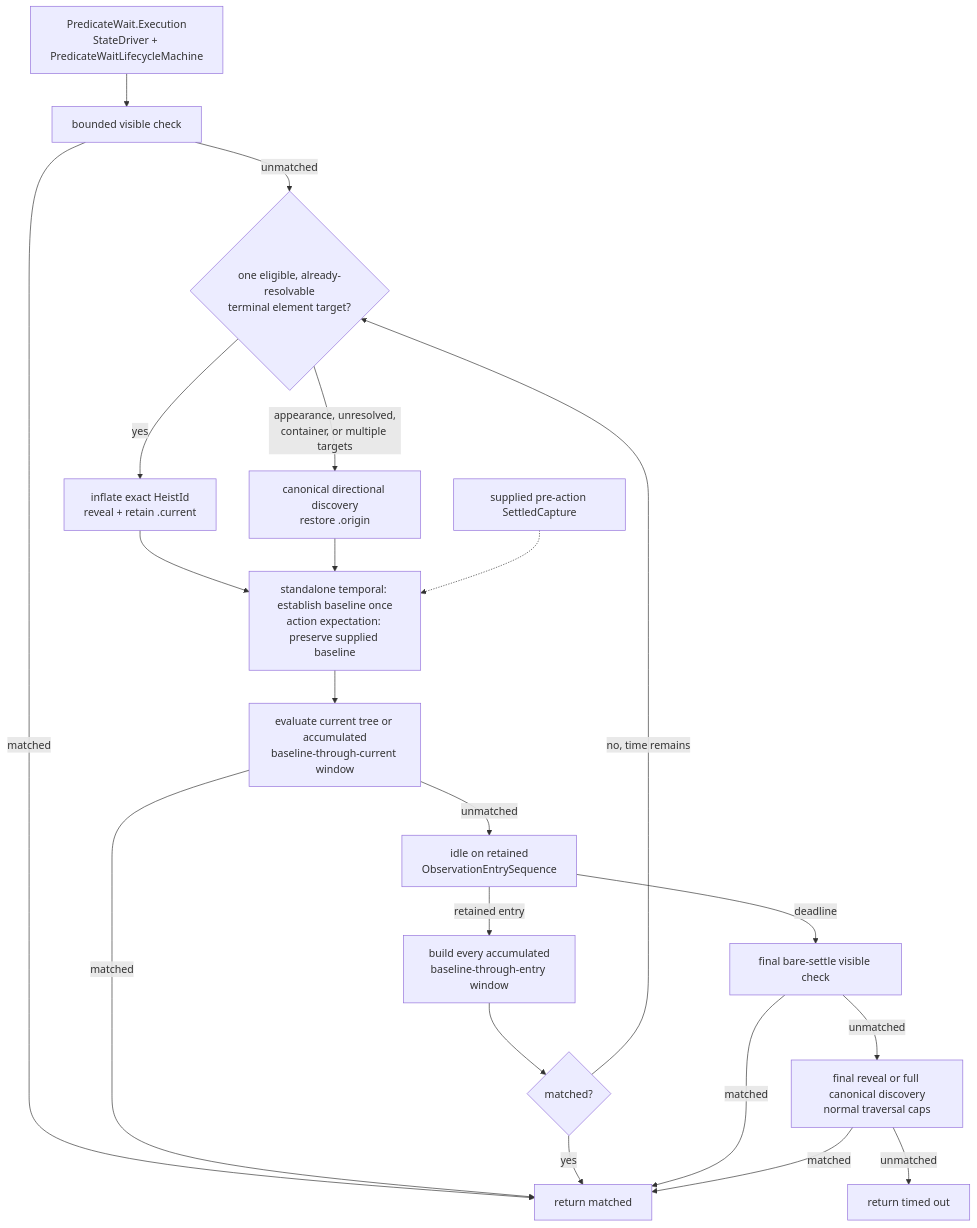
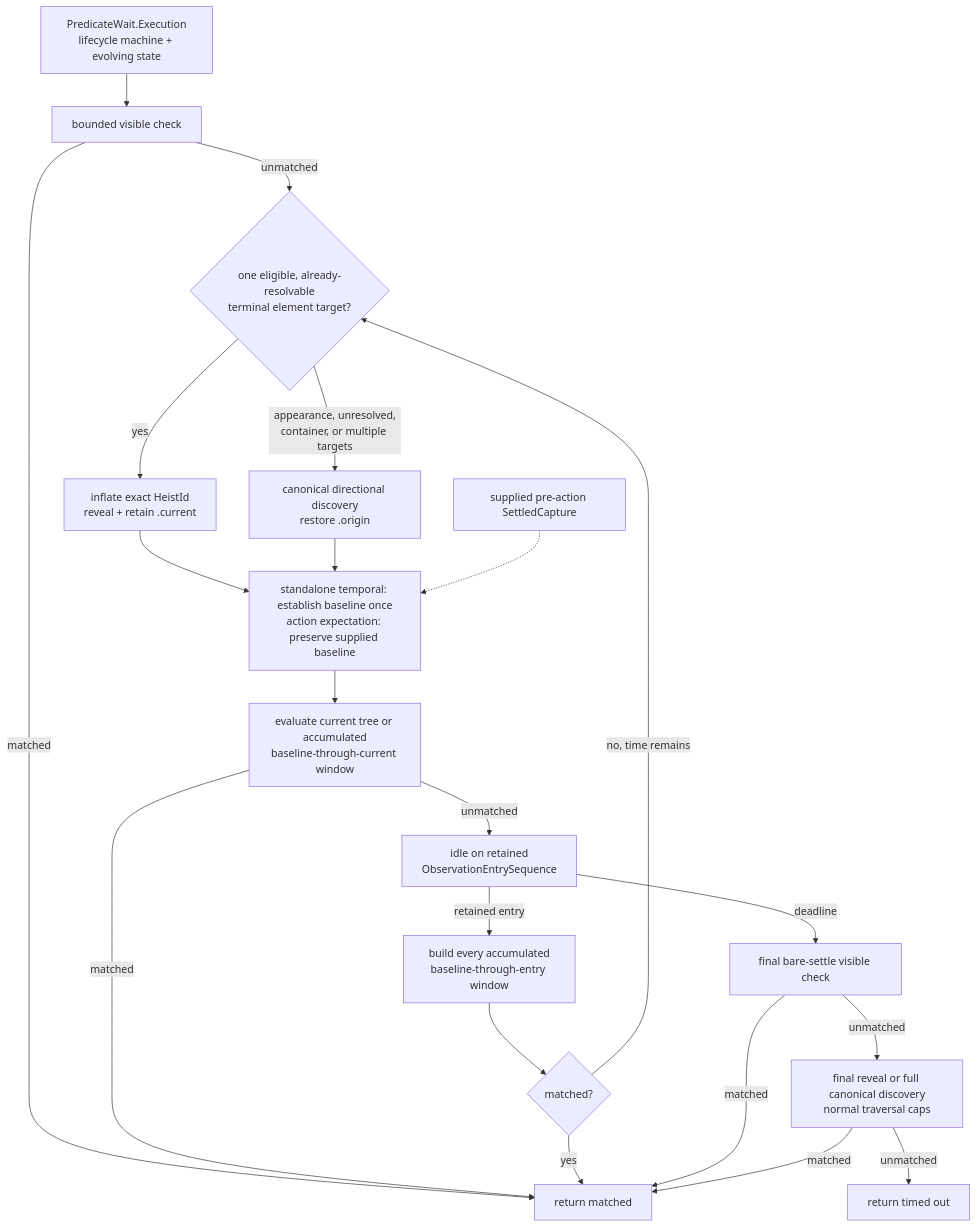
The fourth of 5 diagrams in docs/diagrams/observation-pipeline.md (RoyalPineapple/TheButtonHeist), drawn with Mermaid before and after one commit. The commit also changed other lines of this file and 129 other files, not shown here.

````diff
--- a/docs/diagrams/observation-pipeline.md
+++ b/docs/diagrams/observation-pipeline.md
@@ -147,23 +147,23 @@
 ```mermaid
 flowchart TD
-    Start["PredicateWait.Execution<br/>StateDriver + PredicateWaitLifecycleMachine"] --> Visible["bounded visible check"]
+    Start["PredicateWait.Execution<br/>lifecycle machine + evolving state"] --> Visible["bounded visible check"]
     Visible -->|matched| Match["return matched"]
     Visible -->|unmatched| Route{"one eligible, already-resolvable<br/>terminal element target?"}
     Route -->|yes| Reveal["inflate exact HeistId<br/>reveal + retain .current"]
     Route -->|appearance, unresolved,<br/>container, or multiple targets| Discovery["canonical directional discovery<br/>restore .origin"]
     Reveal --> Prepare["standalone temporal: establish baseline once<br/>action expectation: preserve supplied baseline"]
     Discovery --> Prepare
     ActionBaseline["supplied pre-action SettledCapture"] -.-> Prepare
     Prepare --> Evaluate["evaluate current tree or accumulated<br/>baseline-through-current window"]
     Evaluate -->|matched| Match
     Evaluate -->|unmatched| Idle["idle on retained<br/>ObservationEntrySequence"]
     Idle -->|retained entry| Window["build every accumulated<br/>baseline-through-entry window"]
     Window --> EntryEvaluation{"matched?"}
     EntryEvaluation -->|yes| Match
     EntryEvaluation -->|no, time remains| Route
     Idle -->|deadline| FinalVisible["final bare-settle visible check"]
     FinalVisible -->|matched| Match
     FinalVisible -->|unmatched| FinalSearch["final reveal or full canonical discovery<br/>normal traversal caps"]
     FinalSearch -->|matched| Match
     FinalSearch -->|unmatched| Timeout["return timed out"]
 ```
````
